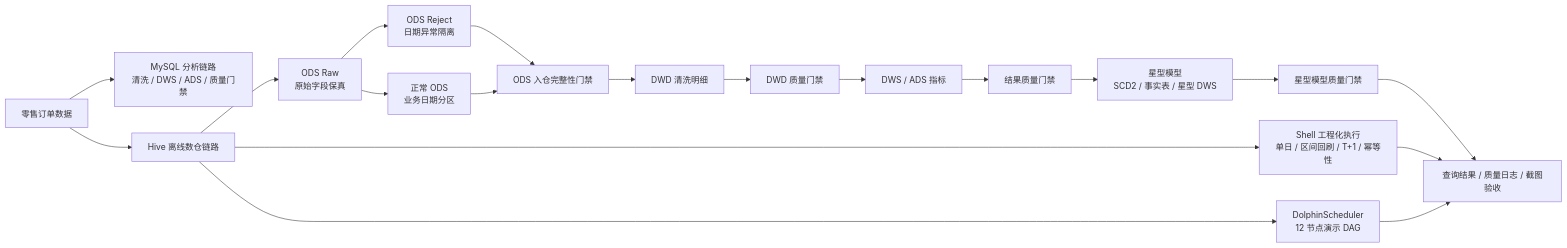
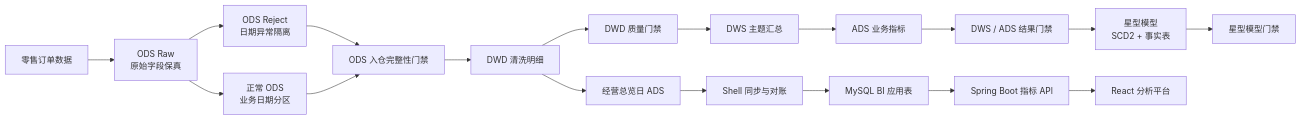
Before and after one commit to 2026heita/retail_project: the diagram in README.md, drawn with Mermaid. The commit also changed other lines of this file and 10 other files, not shown here.

````diff
--- a/README.md
+++ b/README.md
@@ -36,25 +52,24 @@
 ```mermaid
 flowchart LR
-    A["零售订单数据"] --> M["MySQL 分析链路<br/>清洗 / DWS / ADS / 质量门禁"]
-    A --> H["Hive 离线数仓链路"]
+    SRC["零售订单数据"] --> RAW["ODS Raw<br/>原始字段保真"]
+    RAW --> REJECT["ODS Reject<br/>日期异常隔离"]
+    RAW --> ODS["正常 ODS<br/>业务日期分区"]
 
-    H --> R["ODS Raw<br/>原始字段保真"]
-    R --> J["ODS Reject<br/>日期异常隔离"]
-    R --> O["正常 ODS<br/>业务日期分区"]
+    REJECT --> G0["ODS 入仓完整性门禁"]
+    ODS --> G0
+    G0 --> DWD["DWD 清洗明细"]
+    DWD --> G1["DWD 质量门禁"]
 
-    J --> Q0["ODS 入仓完整性门禁"]
-    O --> Q0
-    Q0 --> D["DWD 清洗明细"]
-    D --> Q1["DWD 质量门禁"]
-    Q1 --> W["DWS / ADS 指标"]
-    W --> Q2["结果质量门禁"]
-    Q2 --> S["星型模型<br/>SCD2 / 事实表 / 星型 DWS"]
-    S --> Q3["星型模型质量门禁"]
+    G1 --> DWS["DWS 主题汇总"]
+    DWS --> ADS["ADS 业务指标"]
+    ADS --> G2["DWS / ADS 结果门禁"]
 
-    H --> E["Shell 工程化执行<br/>单日 / 区间回刷 / T+1 / 幂等性"]
-    H --> DS["DolphinScheduler<br/>12 节点演示 DAG"]
+    G2 --> STAR["星型模型<br/>SCD2 + 事实表"]
+    STAR --> G3["星型模型门禁"]
 
-    Q3 --> V["查询结果 / 质量日志 / 截图验收"]
-    E --> V
-    DS --> V
+    DWD --> BIADS["经营总览日 ADS"]
+    BIADS --> SYNC["Shell 同步与对账"]
+    SYNC --> MYSQL["MySQL BI 应用表"]
+    MYSQL --> API["Spring Boot 指标 API"]
+    API --> WEB["React 分析平台"]
 ```
````
